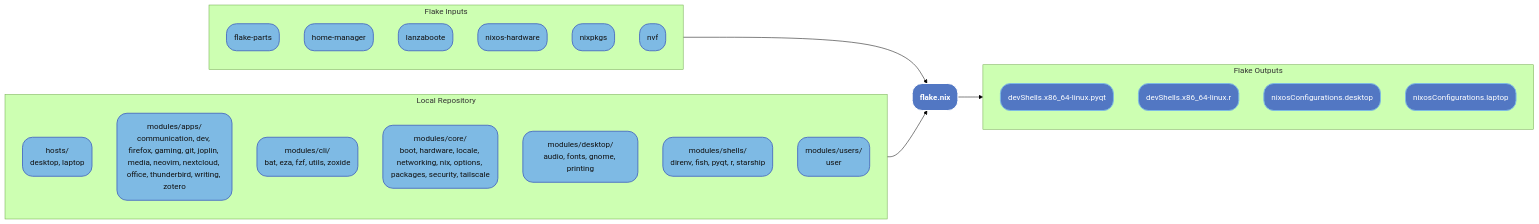
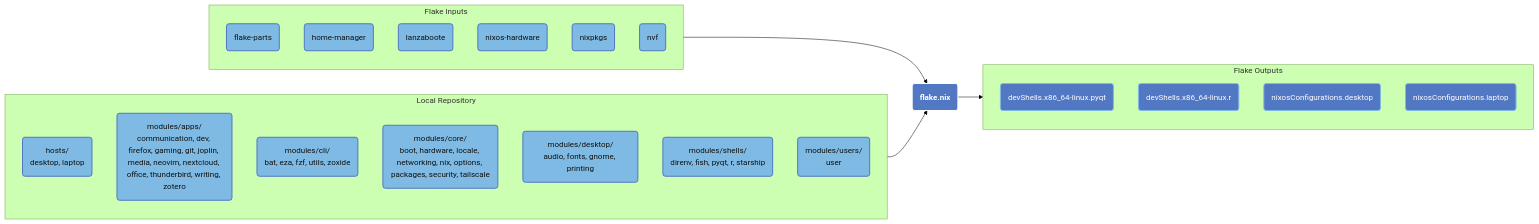
Before and after one commit to samuel-garmany/NixOS: the diagram in README.md, drawn with Mermaid (forest theme). The commit also changed 1 other file, not shown here.

Commit message:
style: rely on native mermaid id() rounding instead of explicit rx/ry css properties

````diff
--- a/README.md
+++ b/README.md
@@ -18,47 +18,47 @@
 ```mermaid
 graph LR
-  classDef flake fill:#5277C3,stroke:#fff,stroke-width:2px,color:#fff,font-weight:bold,rx:20,ry:20;
-  classDef input fill:#7EBAE4,stroke:#5277C3,stroke-width:2px,color:#111,rx:20,ry:20;
-  classDef local fill:#7EBAE4,stroke:#5277C3,stroke-width:2px,color:#111,rx:20,ry:20;
-  classDef output fill:#5277C3,stroke:#7EBAE4,stroke-width:2px,color:#fff,rx:20,ry:20;
+  classDef flake fill:#5277C3,stroke:#fff,stroke-width:2px,color:#fff,font-weight:bold;
+  classDef input fill:#7EBAE4,stroke:#5277C3,stroke-width:2px,color:#111;
+  classDef local fill:#7EBAE4,stroke:#5277C3,stroke-width:2px,color:#111;
+  classDef output fill:#5277C3,stroke:#7EBAE4,stroke-width:2px,color:#fff;
   Flake(flake.nix):::flake
 
   subgraph Inputs [Flake Inputs]
     direction TB
     in_flake_parts(flake-parts):::input
     in_home_manager(home-manager):::input
     in_lanzaboote(lanzaboote):::input
     in_nixos_hardware(nixos-hardware):::input
     in_nixpkgs(nixpkgs):::input
     in_nvf(nvf):::input
   end
   Inputs --> Flake
 
   subgraph Local [Local Repository]
     direction TB
     h_Hosts(hosts/
 desktop, laptop):::local
     m_apps(modules/apps/
 communication, dev, firefox, gaming, git, joplin, media, neovim, nextcloud, office, thunderbird, writing, zotero):::local
     m_cli(modules/cli/
 bat, eza, fzf, utils, zoxide):::local
     m_core(modules/core/
 boot, hardware, locale, networking, nix, options, packages, security, tailscale):::local
     m_desktop(modules/desktop/
 audio, fonts, gnome, printing):::local
     m_shells(modules/shells/
 direnv, fish, pyqt, r, starship):::local
     m_users(modules/users/
 user):::local
   end
   Local --> Flake
 
   subgraph Outputs [Flake Outputs]
     direction TB
     out_devShells_x86_64_linux_pyqt(devShells.x86_64-linux.pyqt):::output
     out_devShells_x86_64_linux_r(devShells.x86_64-linux.r):::output
     out_nixosConfigurations_desktop(nixosConfigurations.desktop):::output
     out_nixosConfigurations_laptop(nixosConfigurations.laptop):::output
   end
   Flake --> Outputs
 ```
````
